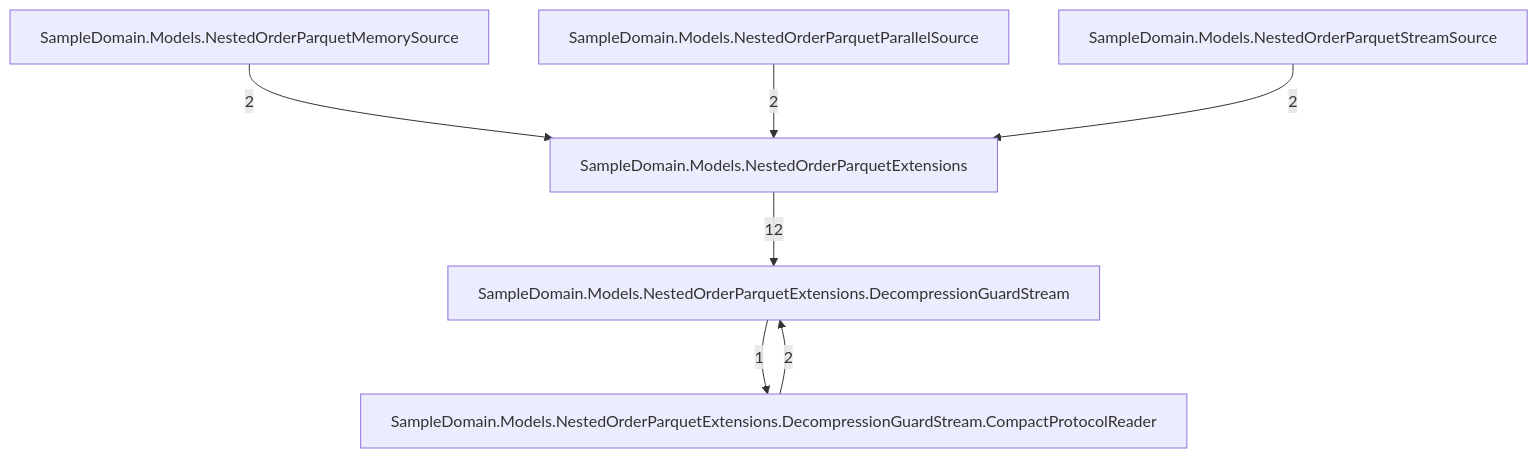
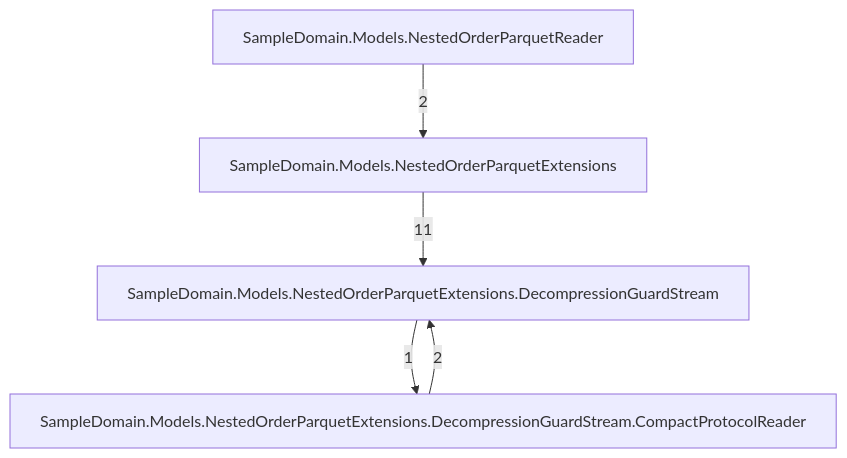
One commit to rtkelly13/Parquet.SourceGenerator changed the third of 7 diagrams in docs/callgraph-generated.md. Above: the diagram before and after it, drawn with Mermaid. The commit also changed other lines of this file and 103 other files, not shown here.

````diff
--- a/docs/callgraph-generated.md
+++ b/docs/callgraph-generated.md
@@ -42,15 +38,11 @@
 ```mermaid
 graph TD
     tsampledomainmodelsnestedorderparquetextensions_048["SampleDomain.Models.NestedOrderParquetExtensions"]
     tsampledomainmodelsnestedorderparquetextensionsdecompressionguardstream_073["SampleDomain.Models.NestedOrderParquetExtensions.DecompressionGuardStream"]
     tsampledomainmodelsnestedorderparquetextensionsdecompressionguardstreamcompactprotocolreader_095["SampleDomain.Models.NestedOrderParquetExtensions.DecompressionGuardStream.CompactProtocolReader"]
-    tsampledomainmodelsnestedorderparquetmemorysource_050["SampleDomain.Models.NestedOrderParquetMemorySource"]
-    tsampledomainmodelsnestedorderparquetparallelsource_052["SampleDomain.Models.NestedOrderParquetParallelSource"]
-    tsampledomainmodelsnestedorderparquetstreamsource_050["SampleDomain.Models.NestedOrderParquetStreamSource"]
+    tsampledomainmodelsnestedorderparquetreader_044["SampleDomain.Models.NestedOrderParquetReader"]
     tsampledomainmodelsnestedorderparquetextensionsdecompressionguardstreamcompactprotocolreader_095 -->|2| tsampledomainmodelsnestedorderparquetextensionsdecompressionguardstream_073
     tsampledomainmodelsnestedorderparquetextensionsdecompressionguardstream_073 -->|1| tsampledomainmodelsnestedorderparquetextensionsdecompressionguardstreamcompactprotocolreader_095
-    tsampledomainmodelsnestedorderparquetextensions_048 -->|12| tsampledomainmodelsnestedorderparquetextensionsdecompressionguardstream_073
-    tsampledomainmodelsnestedorderparquetmemorysource_050 -->|2| tsampledomainmodelsnestedorderparquetextensions_048
-    tsampledomainmodelsnestedorderparquetparallelsource_052 -->|2| tsampledomainmodelsnestedorderparquetextensions_048
-    tsampledomainmodelsnestedorderparquetstreamsource_050 -->|2| tsampledomainmodelsnestedorderparquetextensions_048
+    tsampledomainmodelsnestedorderparquetextensions_048 -->|11| tsampledomainmodelsnestedorderparquetextensionsdecompressionguardstream_073
+    tsampledomainmodelsnestedorderparquetreader_044 -->|2| tsampledomainmodelsnestedorderparquetextensions_048
 ```
````
